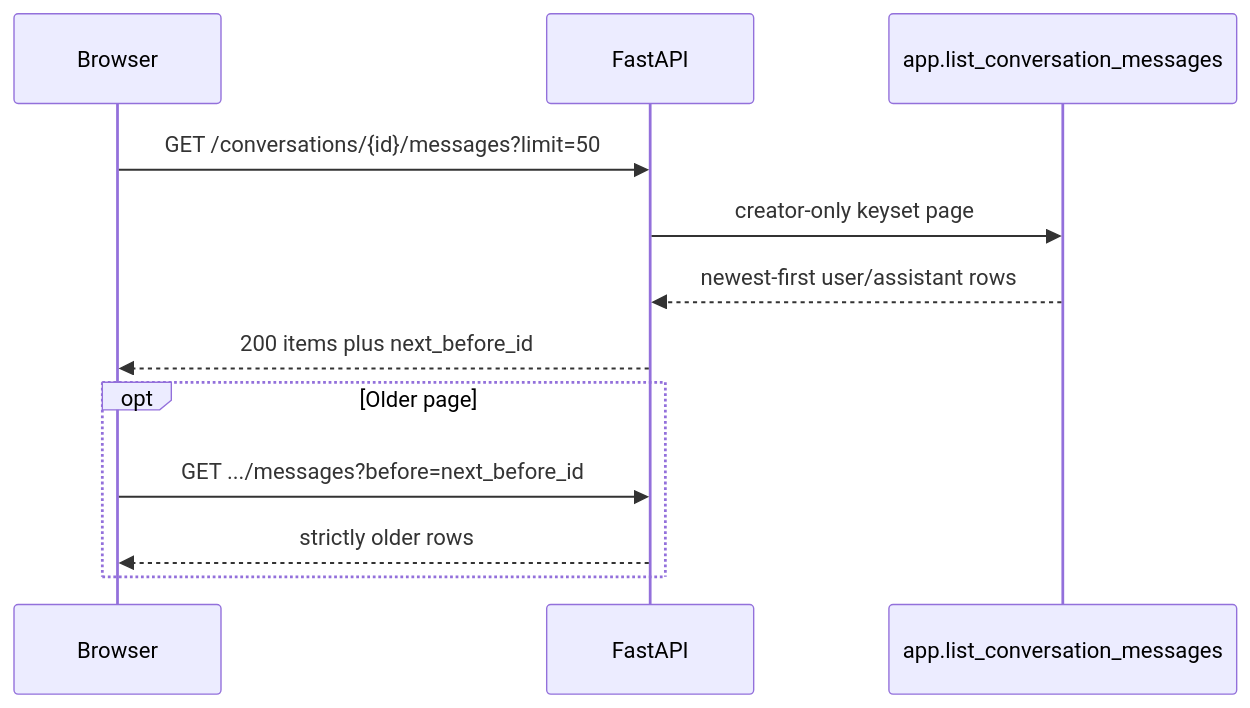
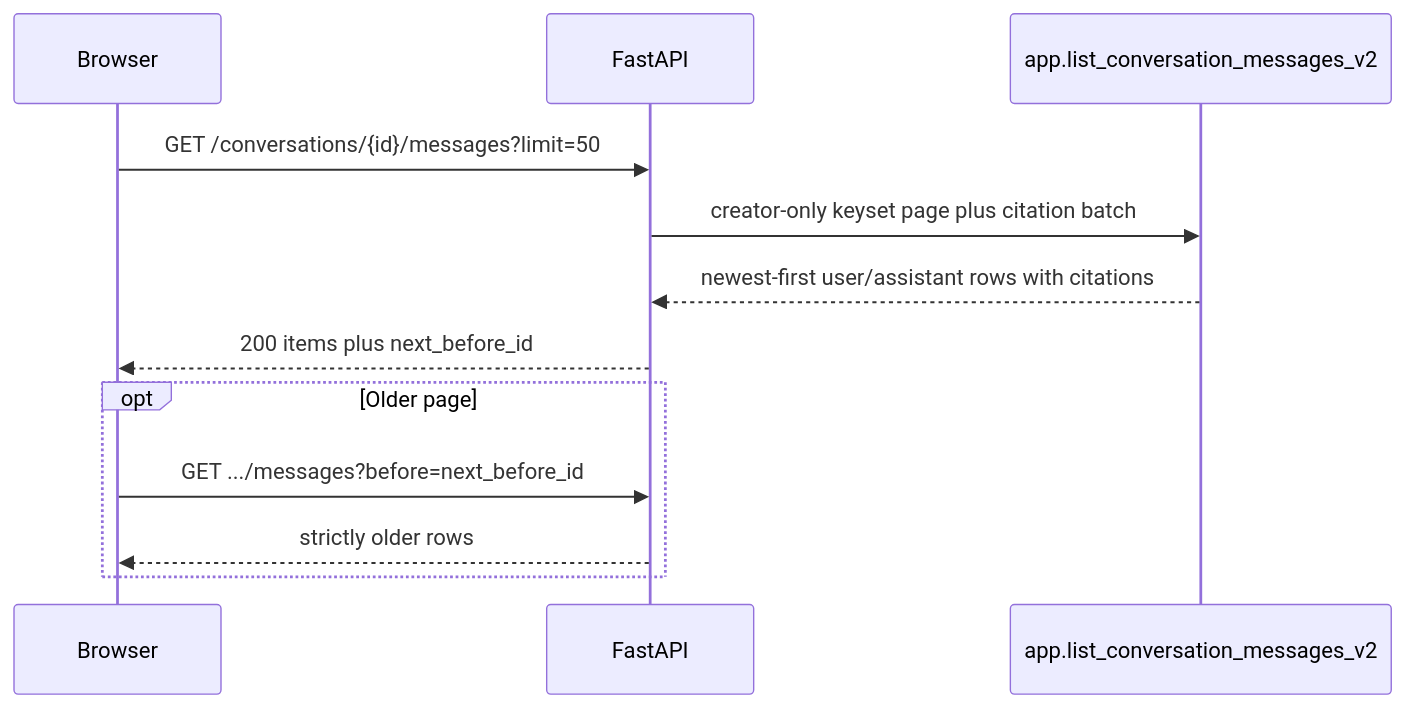
One commit to Nagdy8888/smart-rag changed the second of 2 diagrams in docs/api/FASTAPI_SECURITY.md. Above: the diagram before and after it, drawn with Mermaid. The commit also changed other lines of this file and 47 other files, not shown here.

First line of the commit message:
test(citations): gate PDF paragraph citation accuracy

````diff
--- a/docs/api/FASTAPI_SECURITY.md
+++ b/docs/api/FASTAPI_SECURITY.md
@@ -178,14 +180,14 @@
 ```mermaid
 sequenceDiagram
     participant Browser
     participant API as FastAPI
-    participant Rpc as app.list_conversation_messages
+    participant Rpc as app.list_conversation_messages_v2
     Browser->>API: GET /conversations/{id}/messages?limit=50
-    API->>Rpc: creator-only keyset page
-    Rpc-->>API: newest-first user/assistant rows
+    API->>Rpc: creator-only keyset page plus citation batch
+    Rpc-->>API: newest-first user/assistant rows with citations
     API-->>Browser: 200 items plus next_before_id
     opt Older page
         Browser->>API: GET .../messages?before=next_before_id
         API-->>Browser: strictly older rows
     end
 ```
````
